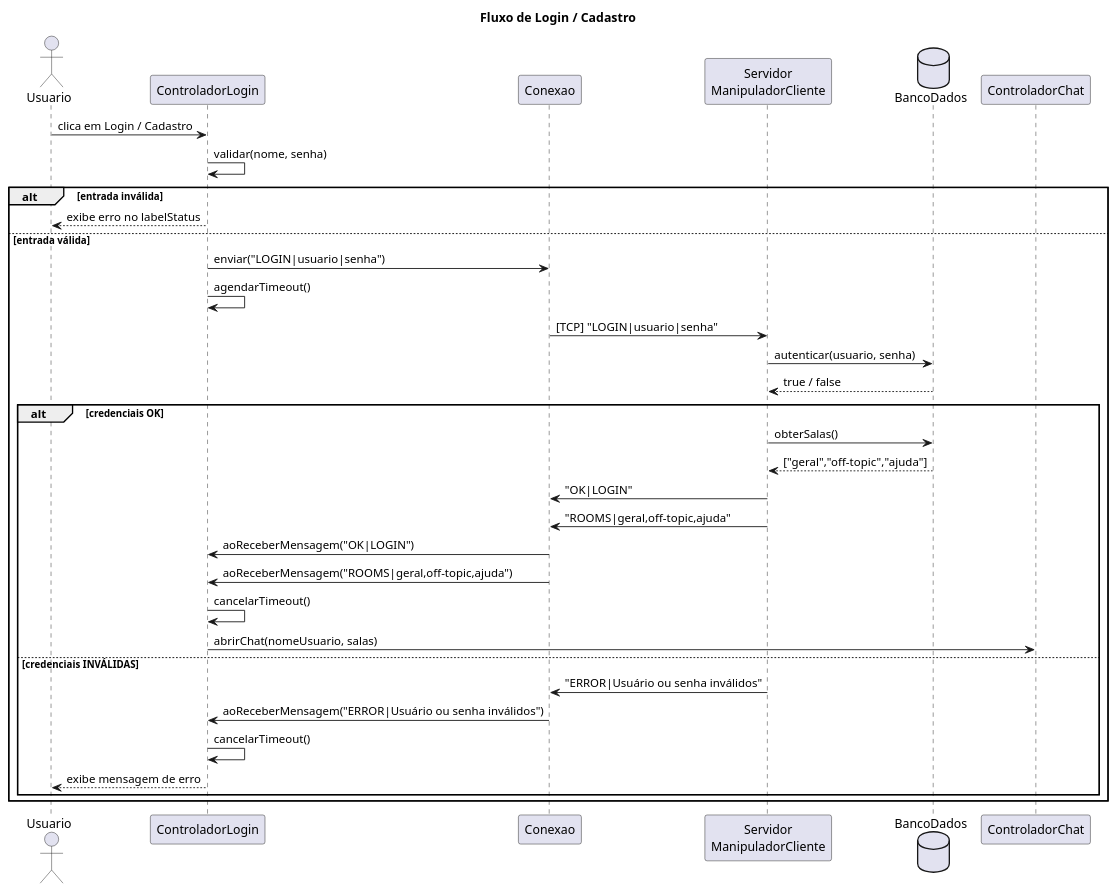
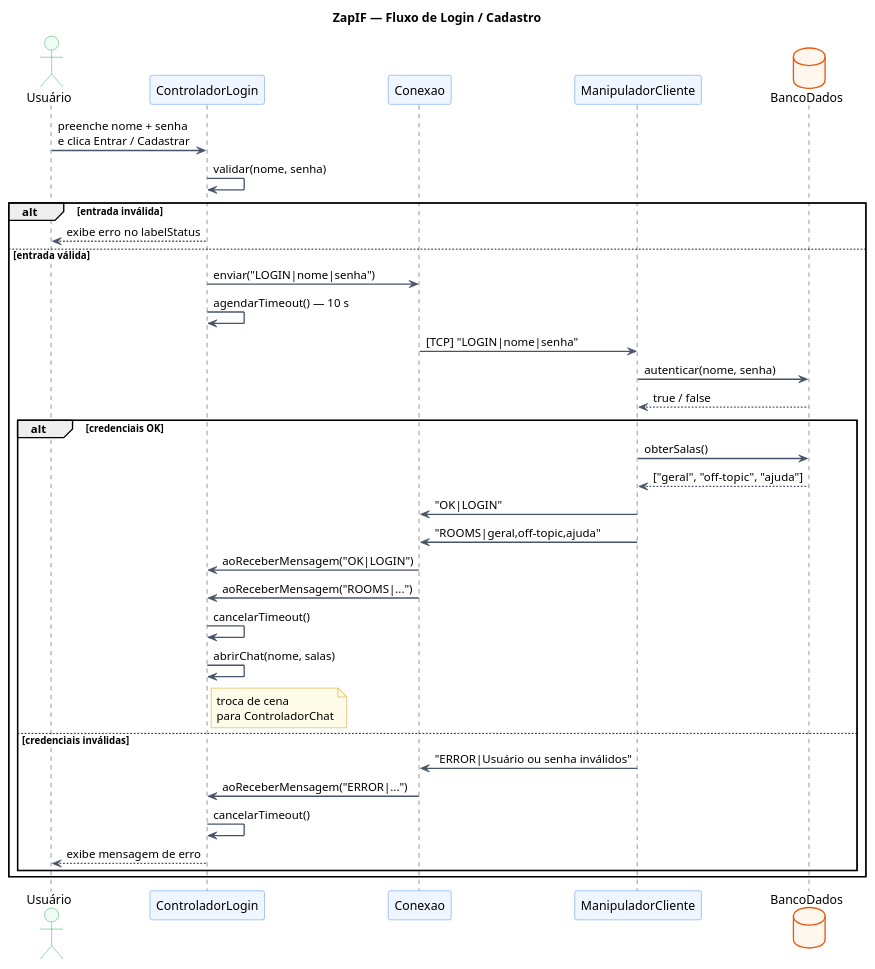
The first of 3 diagrams in uml/diagrams.puml (ErickHTF/ZapIF), drawn with PlantUML before and after one commit. The commit also changed other lines of this file and 12 other files, not shown here.

Commit message:
fix: remocao de comentarios e ajuste no plantUML dos daigramas

```diff
--- a/uml/diagrams.puml
+++ b/uml/diagrams.puml
@@ -226,44 +18,55 @@
 @startuml sequencia_login
-title Fluxo de Login / Cadastro
+title ZapIF — Fluxo de Login / Cadastro
 
-actor       Usuario
-participant ControladorLogin
-participant Conexao
-participant "Servidor\nManipuladorCliente" as MC
-database    BancoDados
+skinparam Shadowing false
+skinparam SequenceArrowThickness 1.5
+skinparam SequenceBoxBackgroundColor #F8FAFC
+skinparam SequenceBoxBorderColor #94A3B8
+skinparam ActorBackgroundColor #F0FDF4
+skinparam ActorBorderColor #16A34A
+skinparam ParticipantBackgroundColor #EFF6FF
+skinparam ParticipantBorderColor #3B82F6
+skinparam DatabaseBackgroundColor #FFF7ED
+skinparam DatabaseBorderColor #EA580C
+skinparam ArrowColor #475569
+skinparam NoteBackgroundColor #FEFCE8
+skinparam NoteBorderColor #CA8A04
 
-Usuario -> ControladorLogin : clica em Login / Cadastro
+actor       "Usuário"         as U
+participant "ControladorLogin" as CL
+participant "Conexao"          as CN
+participant "ManipuladorCliente" as MC
+database    "BancoDados"       as BD
 
-ControladorLogin -> ControladorLogin : validar(nome, senha)
+U  -> CL : preenche nome + senha\ne clica Entrar / Cadastrar
+CL -> CL : validar(nome, senha)
 
 alt entrada inválida
-    ControladorLogin --> Usuario : exibe erro no labelStatus
+    CL --> U : exibe erro no labelStatus
 else entrada válida
-    ControladorLogin -> Conexao : enviar("LOGIN|usuario|senha")
-    ControladorLogin -> ControladorLogin : agendarTimeout()
 
-    Conexao -> MC : [TCP] "LOGIN|usuario|senha"
+    CL -> CN : enviar("LOGIN|nome|senha")
+    CL -> CL : agendarTimeout() — 10 s
 
-    MC -> BancoDados : autenticar(usuario, senha)
-    BancoDados --> MC : true / false
+    CN -> MC : [TCP] "LOGIN|nome|senha"
+    MC -> BD : autenticar(nome, senha)
+    BD --> MC : true / false
 
     alt credenciais OK
-        MC -> BancoDados : obterSalas()
-        BancoDados --> MC : ["geral","off-topic","ajuda"]
-        MC -> Conexao : "OK|LOGIN"
-        MC -> Conexao : "ROOMS|geral,off-topic,ajuda"
-
-        Conexao -> ControladorLogin : aoReceberMensagem("OK|LOGIN")
-        Conexao -> ControladorLogin : aoReceberMensagem("ROOMS|geral,off-topic,ajuda")
-
-        ControladorLogin -> ControladorLogin : cancelarTimeout()
-        ControladorLogin -> ControladorChat  : abrirChat(nomeUsuario, salas)
-    else credenciais INVÁLIDAS
-        MC -> Conexao : "ERROR|Usuário ou senha inválidos"
-        Conexao -> ControladorLogin : aoReceberMensagem("ERROR|Usuário ou senha inválidos")
-        ControladorLogin -> ControladorLogin : cancelarTimeout()
-        ControladorLogin --> Usuario : exibe mensagem de erro
+        MC -> BD : obterSalas()
+        BD --> MC : ["geral", "off-topic", "ajuda"]
+        MC -> CN : "OK|LOGIN"
+        MC -> CN : "ROOMS|geral,off-topic,ajuda"
+        CN -> CL : aoReceberMensagem("OK|LOGIN")
+        CN -> CL : aoReceberMensagem("ROOMS|...")
+        CL -> CL : cancelarTimeout()
+        CL -> CL : abrirChat(nome, salas)
+        note right of CL : troca de cena\npara ControladorChat
+    else credenciais inválidas
+        MC -> CN : "ERROR|Usuário ou senha inválidos"
+        CN -> CL : aoReceberMensagem("ERROR|...")
+        CL -> CL : cancelarTimeout()
+        CL --> U : exibe mensagem de erro
     end
 end
-
 @enduml
```
